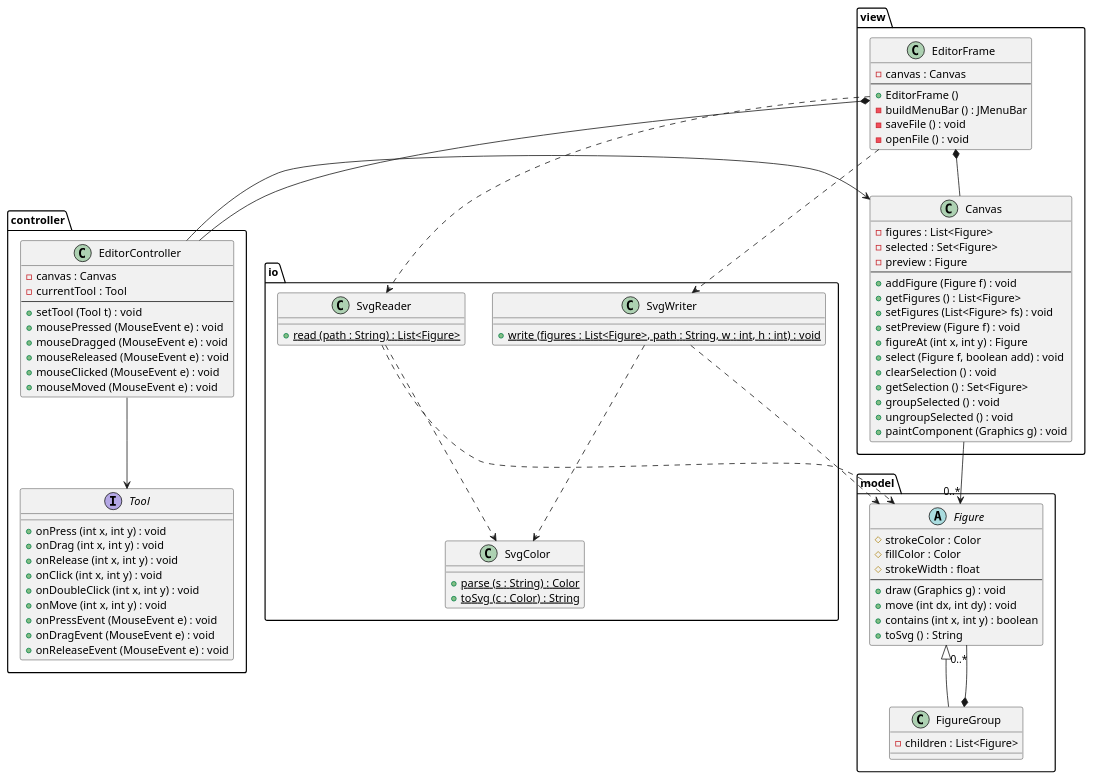
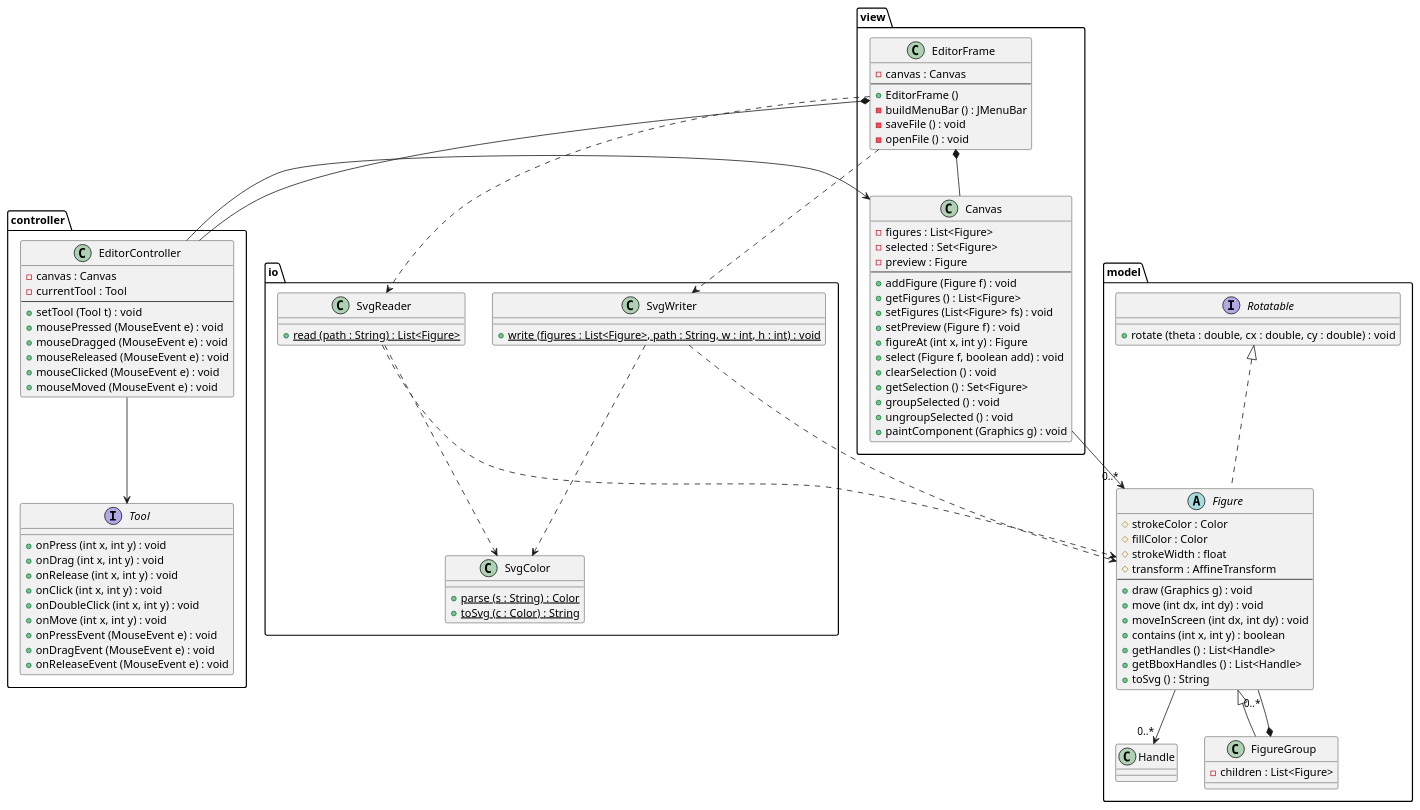
The first of 3 diagrams in docs/static-structure.md (cpcp-lab/sdd-figure-editor), drawn with PlantUML before and after one commit. The commit also changed other lines of this file and 21 other files, not shown here.

First line of the commit message:
Implement figure handles, AffineTransform support, and SVG transform extension

```diff
--- a/docs/static-structure.md
+++ b/docs/static-structure.md
@@ -70,11 +70,21 @@
         # strokeColor : Color
         # fillColor : Color
         # strokeWidth : float
+        # transform : AffineTransform
         --
         + draw (Graphics g) : void
         + move (int dx, int dy) : void
+        + moveInScreen (int dx, int dy) : void
         + contains (int x, int y) : boolean
+        + getHandles () : List<Handle>
+        + getBboxHandles () : List<Handle>
         + toSvg () : String
+    }
+
+    class Handle
+
+    interface Rotatable {
+        + rotate (theta : double, cx : double, cy : double) : void
     }
 
     class FigureGroup {
@@ -83,6 +93,8 @@
 
     Figure <|-- FigureGroup
     FigureGroup *-- "0..*" Figure
+    Figure --> "0..*" Handle
+    Rotatable <|.. Figure
 }
 
 package io {
```
